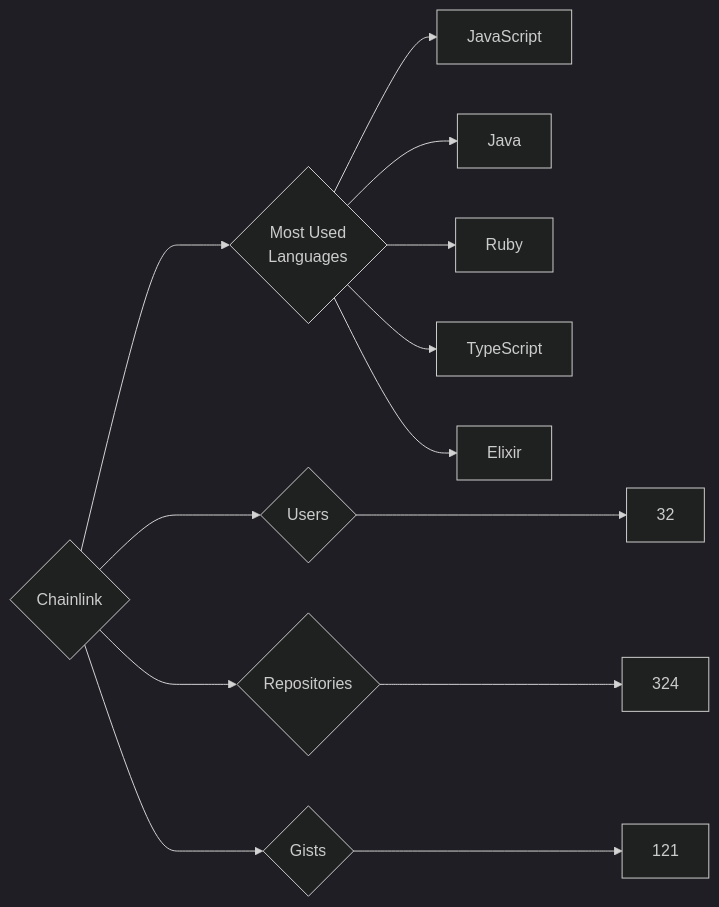
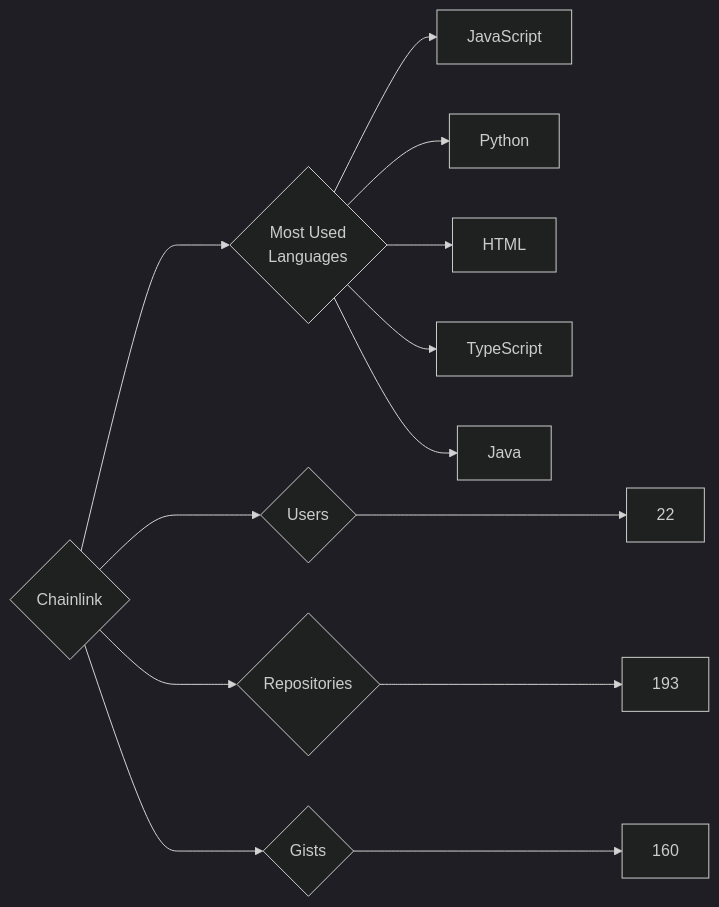
Before and after one commit to trickest/insiders: the diagram in targets/Chainlink/README.md, drawn with Mermaid (dark theme). The commit also changed 1084 other files, not shown here.

````diff
--- a/targets/Chainlink/README.md
+++ b/targets/Chainlink/README.md
@@ -3,13 +3,13 @@
 ```mermaid
 graph LR
 COMPANY_NAME{Chainlink}
-COMPANY_NAME ---> U{Users} ---> UN[32]
-COMPANY_NAME ---> R{Repositories} ---> RN[324]
-COMPANY_NAME ---> G{Gists} ---> GN[121]
+COMPANY_NAME ---> U{Users} ---> UN[22]
+COMPANY_NAME ---> R{Repositories} ---> RN[193]
+COMPANY_NAME ---> G{Gists} ---> GN[160]
 COMPANY_NAME ---> ML{Most Used<br>Languages}
 ML --> JavaScript[JavaScript]
+ML --> Python[Python]
+ML --> HTML[HTML]
+ML --> TypeScript[TypeScript]
 ML --> Java[Java]
-ML --> Ruby[Ruby]
-ML --> TypeScript[TypeScript]
-ML --> Elixir[Elixir]
 ```
````
